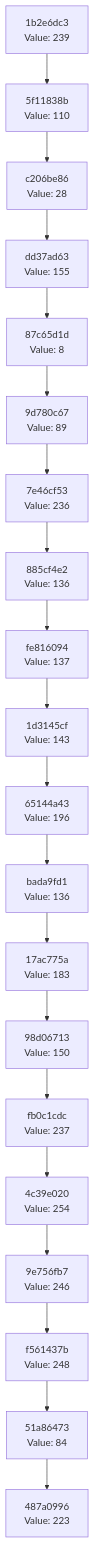
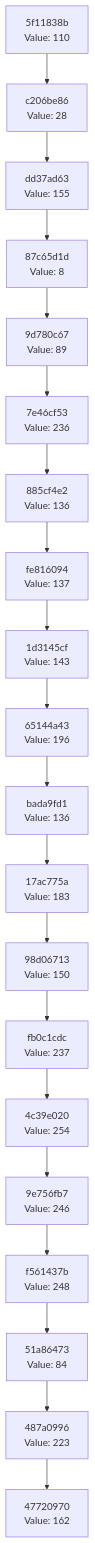
Before and after one commit to Abhisheksinha1506/hash-chain-evolver: the diagram in docs/CHAIN_VISUALIZATION.md, drawn with Mermaid. The commit also changed 3 other files, not shown here.

````diff
--- a/docs/CHAIN_VISUALIZATION.md
+++ b/docs/CHAIN_VISUALIZATION.md
@@ -3,42 +3,42 @@
 ```mermaid
 graph TD
-    C0["487a0996<br/>Value: 223"]
-    C1["51a86473<br/>Value: 84"]
+    C0["47720970<br/>Value: 162"]
+    C1["487a0996<br/>Value: 223"]
     C1 --> C0
-    C2["f561437b<br/>Value: 248"]
+    C2["51a86473<br/>Value: 84"]
     C2 --> C1
-    C3["9e756fb7<br/>Value: 246"]
+    C3["f561437b<br/>Value: 248"]
     C3 --> C2
-    C4["4c39e020<br/>Value: 254"]
+    C4["9e756fb7<br/>Value: 246"]
     C4 --> C3
-    C5["fb0c1cdc<br/>Value: 237"]
+    C5["4c39e020<br/>Value: 254"]
     C5 --> C4
-    C6["98d06713<br/>Value: 150"]
+    C6["fb0c1cdc<br/>Value: 237"]
     C6 --> C5
-    C7["17ac775a<br/>Value: 183"]
+    C7["98d06713<br/>Value: 150"]
     C7 --> C6
-    C8["bada9fd1<br/>Value: 136"]
+    C8["17ac775a<br/>Value: 183"]
     C8 --> C7
-    C9["65144a43<br/>Value: 196"]
+    C9["bada9fd1<br/>Value: 136"]
     C9 --> C8
-    C10["1d3145cf<br/>Value: 143"]
+    C10["65144a43<br/>Value: 196"]
     C10 --> C9
-    C11["fe816094<br/>Value: 137"]
+    C11["1d3145cf<br/>Value: 143"]
     C11 --> C10
-    C12["885cf4e2<br/>Value: 136"]
+    C12["fe816094<br/>Value: 137"]
     C12 --> C11
-    C13["7e46cf53<br/>Value: 236"]
+    C13["885cf4e2<br/>Value: 136"]
     C13 --> C12
-    C14["9d780c67<br/>Value: 89"]
+    C14["7e46cf53<br/>Value: 236"]
     C14 --> C13
-    C15["87c65d1d<br/>Value: 8"]
+    C15["9d780c67<br/>Value: 89"]
     C15 --> C14
-    C16["dd37ad63<br/>Value: 155"]
+    C16["87c65d1d<br/>Value: 8"]
     C16 --> C15
-    C17["c206be86<br/>Value: 28"]
+    C17["dd37ad63<br/>Value: 155"]
     C17 --> C16
-    C18["5f11838b<br/>Value: 110"]
+    C18["c206be86<br/>Value: 28"]
     C18 --> C17
-    C19["1b2e6dc3<br/>Value: 239"]
+    C19["5f11838b<br/>Value: 110"]
     C19 --> C18
 ```
````
